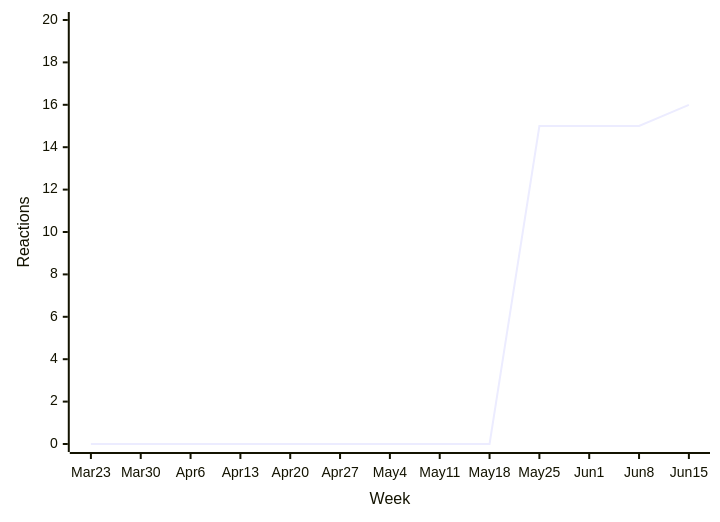
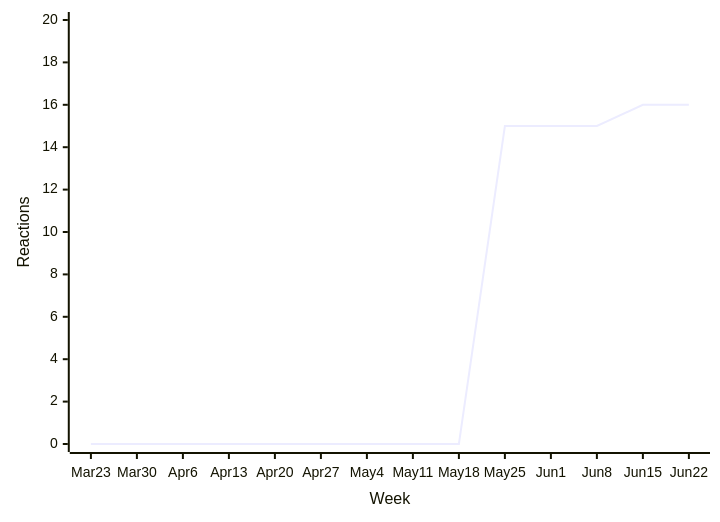
One commit to loic-sharma/github-insights changed the tenth of 50 diagrams in README.md. Above: the diagram before and after it, drawn with Mermaid. The commit also changed other lines of this file and 3 other files, not shown here.

````diff
--- a/README.md
+++ b/README.md
@@ -492,6 +492,6 @@
   ```mermaid
   xychart-beta
-    x-axis "Week" [Mar 23, Mar 30, Apr 6, Apr 13, Apr 20, Apr 27, May 4, May 11, May 18, May 25, Jun 1, Jun 8, Jun 15]
+    x-axis "Week" [Mar 23, Mar 30, Apr 6, Apr 13, Apr 20, Apr 27, May 4, May 11, May 18, May 25, Jun 1, Jun 8, Jun 15, Jun 22]
     y-axis "Reactions" 0 --> 20
-    line [0, 0, 0, 0, 0, 0, 0, 0, 0, 15, 15, 15, 16]
+    line [0, 0, 0, 0, 0, 0, 0, 0, 0, 15, 15, 15, 16, 16]
   ```
````
